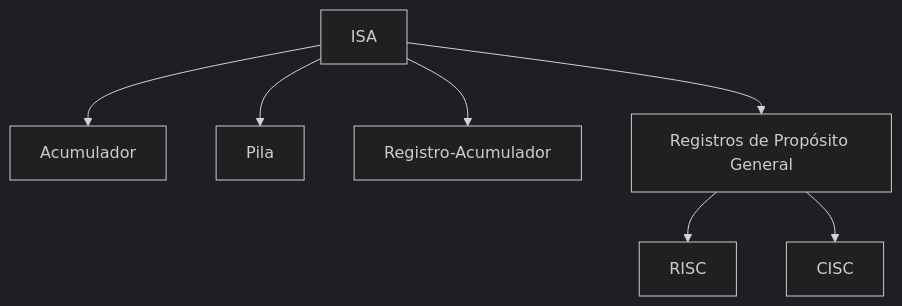
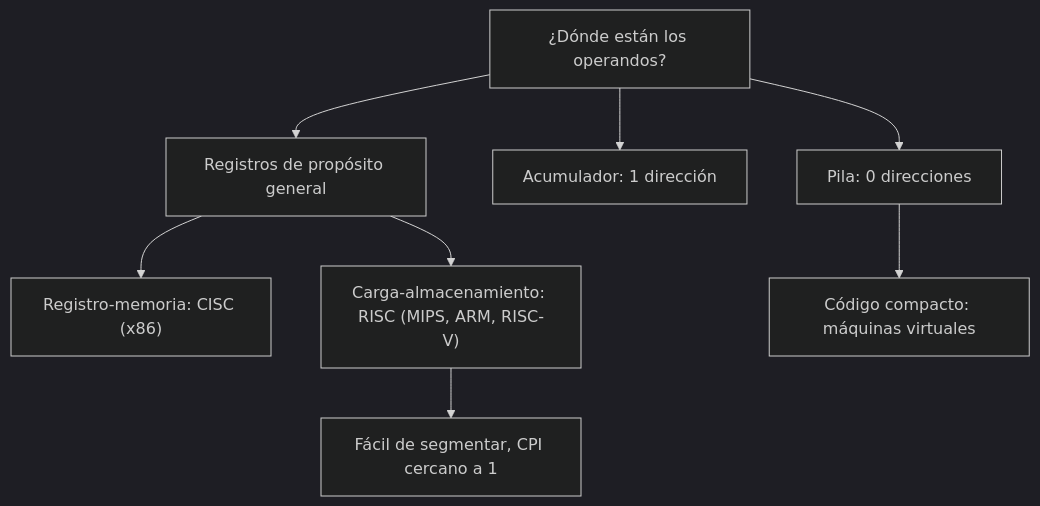
One commit to djaimej/computer-science-template changed the diagram in public/documents/semester-4/4/4451.md. Above: the diagram before and after it, drawn with Mermaid (dark theme). The commit also changed other lines of this file and 4 other files, not shown here.

````diff
--- a/public/documents/semester-4/4/4451.md
+++ b/public/documents/semester-4/4/4451.md
@@ -100,9 +42,10 @@
 ```mermaid
-graph TD
-    A[ISA] --> B[Acumulador]
-    A --> C[Pila]
-    A --> D[Registro-Acumulador]
-    A --> E[Registros de Propósito General]
-    E --> F[RISC]
-    E --> G[CISC]
+flowchart TD
+    A["¿Dónde están los operandos?"] --> B["Pila: 0 direcciones"]
+    A --> C["Acumulador: 1 dirección"]
+    A --> D["Registros de propósito general"]
+    D --> E["Registro-memoria: CISC (x86)"]
+    D --> F["Carga-almacenamiento: RISC (MIPS, ARM, RISC-V)"]
+    B --> G["Código compacto: máquinas virtuales"]
+    F --> H["Fácil de segmentar, CPI cercano a 1"]
 ```
````
